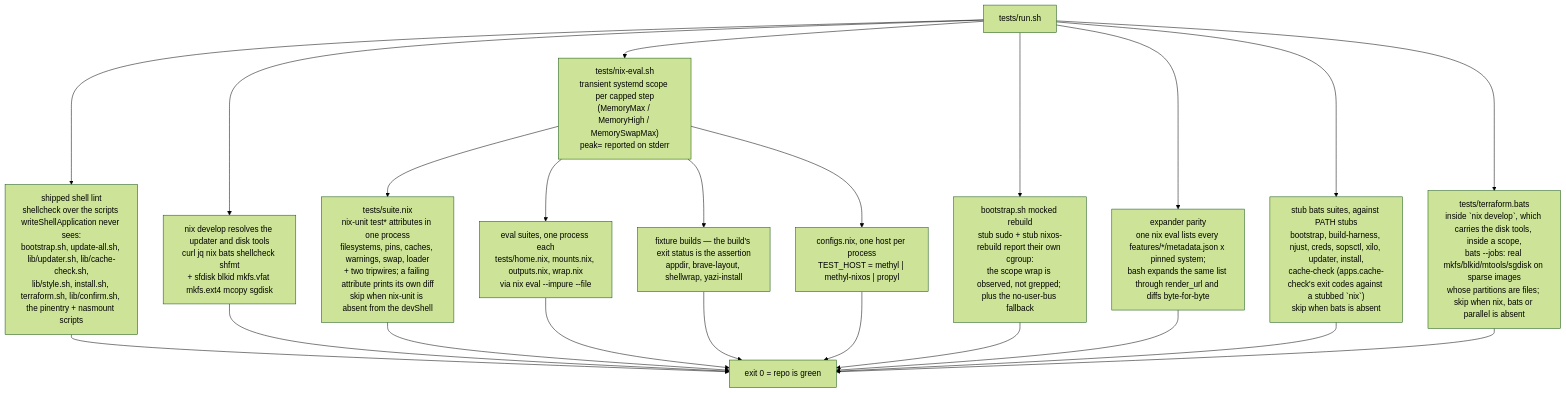
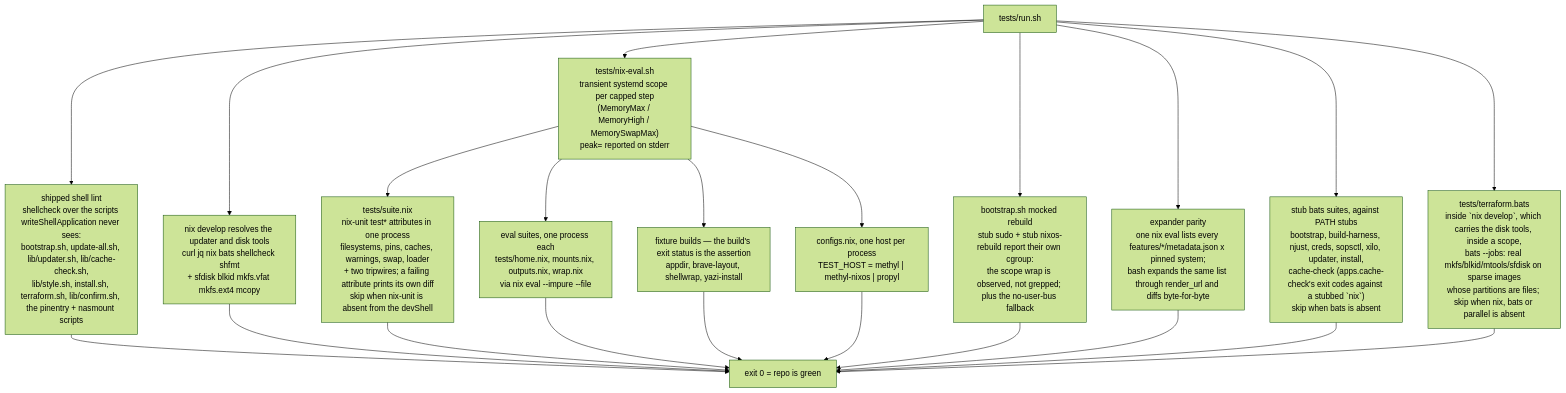
One commit to WombatFromHell/automatic-palm-tree changed the first of 5 diagrams in TEST_DESIGN.md. Above: the diagram before and after it, drawn with Mermaid (forest theme). The commit also changed other lines of this file and 9 other files, not shown here.

Commit message:
disk tooling is sfdisk everywhere, and terraform.sh creates the mount root before mounting it

````diff
--- a/TEST_DESIGN.md
+++ b/TEST_DESIGN.md
@@ -28,24 +28,24 @@
 ```mermaid
 flowchart TD
   R["tests/run.sh"] --> N["tests/nix-eval.sh<br/>transient systemd scope per capped step<br/>(MemoryMax / MemoryHigh / MemorySwapMax)<br/>peak= reported on stderr"]
   R --> LN["shipped shell lint<br/>shellcheck over the scripts writeShellApplication never sees:<br/>bootstrap.sh, update-all.sh, lib/updater.sh, lib/cache-check.sh,<br/>lib/style.sh, install.sh, terraform.sh, lib/confirm.sh, the pinentry + nasmount scripts"]
-  R --> DV["nix develop resolves the updater and disk tools<br/>curl jq nix bats shellcheck shfmt<br/>+ sfdisk blkid mkfs.vfat mkfs.ext4 mcopy sgdisk"]
+  R --> DV["nix develop resolves the updater and disk tools<br/>curl jq nix bats shellcheck shfmt<br/>+ sfdisk blkid mkfs.vfat mkfs.ext4 mcopy"]
   N --> U["tests/suite.nix<br/>nix-unit test* attributes in one process<br/>filesystems, pins, caches, warnings, swap, loader<br/>+ two tripwires; a failing attribute prints its own diff<br/>skip when nix-unit is absent from the devShell"]
   N --> G["eval suites, one process each<br/>tests/home.nix, mounts.nix, outputs.nix, wrap.nix<br/>via nix eval --impure --file"]
   N --> B["fixture builds — the build's exit status is the assertion<br/>appdir, brave-layout, shellwrap, yazi-install"]
   N --> C["configs.nix, one host per process<br/>TEST_HOST = methyl | methyl-nixos | propyl"]
   R --> M["bootstrap.sh mocked rebuild<br/>stub sudo + stub nixos-rebuild report their own cgroup:<br/>the scope wrap is observed, not grepped; plus the no-user-bus fallback"]
   R --> P["expander parity<br/>one nix eval lists every features/*/metadata.json x pinned system;<br/>bash expands the same list through render_url and diffs byte-for-byte"]
   R --> I["stub bats suites, against PATH stubs<br/>bootstrap, build-harness, njust, creds, sopsctl, xilo, updater, install,<br/>cache-check (apps.cache-check's exit codes against a stubbed `nix`)<br/>skip when bats is absent"]
-  R --> T["tests/terraform.bats<br/>inside `nix develop`, which carries the disk tools, inside a scope,<br/>bats --jobs: real mkfs/blkid/mtools/sgdisk on sparse images<br/>whose partitions are files; skip when nix, bats or parallel is absent"]
+  R --> T["tests/terraform.bats<br/>inside `nix develop`, which carries the disk tools, inside a scope,<br/>bats --jobs: real mkfs/blkid/mtools/sfdisk on sparse images<br/>whose partitions are files; skip when nix, bats or parallel is absent"]
   LN --> X["exit 0 = repo is green"]
   DV --> X
   U --> X
   G --> X
   B --> X
   C --> X
   M --> X
   P --> X
   I --> X
   T --> X
 ```
````
